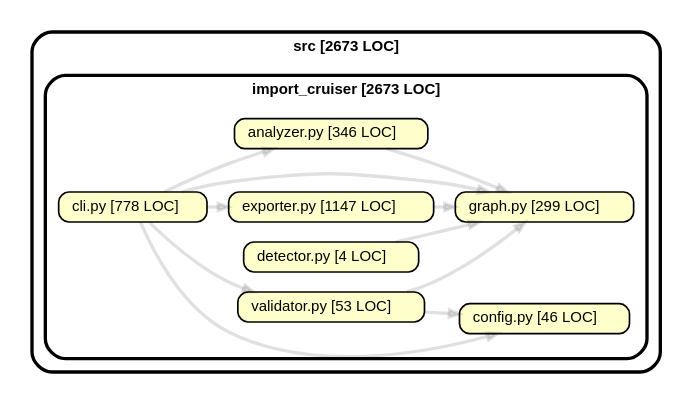
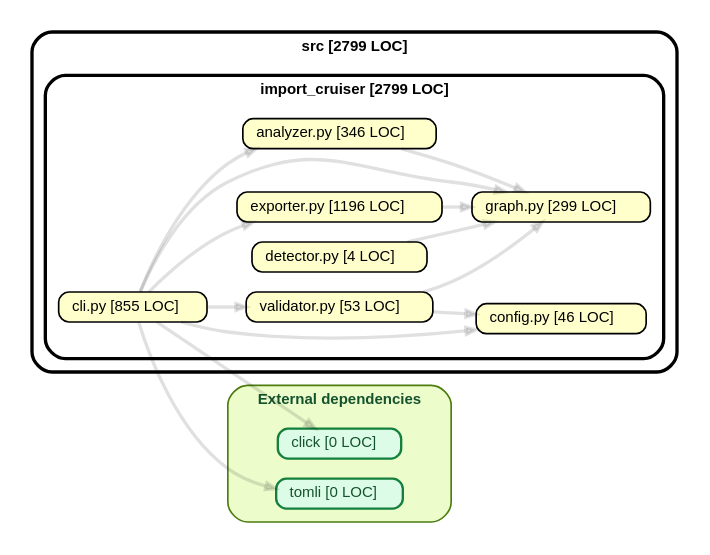
Before and after one commit to kevin91nl/import-cruiser: the diagram in artifacts/self-graph/import-cruiser-self-graph.dot, drawn with Graphviz. The commit also changed 9 other files, not shown here.

Commit message:
feat: visualize external dependencies

```diff
--- a/artifacts/self-graph/import-cruiser-self-graph.dot
+++ b/artifacts/self-graph/import-cruiser-self-graph.dot
@@ -1,24 +1,28 @@
 strict digraph "import_cruiser"{
     rankdir="LR" splines="true" overlap="false" nodesep="0.16" ranksep="0.18" fontname="Helvetica-bold" fontsize="9" style="rounded,bold,filled" fillcolor="#ffffff" compound="true"
     node [shape="box" style="rounded, filled" height="0.2" color="black" fillcolor="#ffffcc" fontcolor="black" fontname="Helvetica" fontsize="9"]
     edge [arrowhead="normal" arrowsize="0.6" penwidth="2.0" color="#0000001f" fontname="Helvetica" fontsize="9"]
 
-    subgraph "cluster_src" {label="src [2673 LOC]" subgraph "cluster_src/import_cruiser" {label="import_cruiser [2673 LOC]" "src/import_cruiser/analyzer.py" [label=<analyzer.py [346 LOC]> tooltip="analyzer.py [346 LOC]" URL="src/import_cruiser/analyzer.py" ] }}
-    subgraph "cluster_src" {label="src [2673 LOC]" subgraph "cluster_src/import_cruiser" {label="import_cruiser [2673 LOC]" "src/import_cruiser/cli.py" [label=<cli.py [778 LOC]> tooltip="cli.py [778 LOC]" URL="src/import_cruiser/cli.py" ] }}
-    subgraph "cluster_src" {label="src [2673 LOC]" subgraph "cluster_src/import_cruiser" {label="import_cruiser [2673 LOC]" "src/import_cruiser/config.py" [label=<config.py [46 LOC]> tooltip="config.py [46 LOC]" URL="src/import_cruiser/config.py" ] }}
-    subgraph "cluster_src" {label="src [2673 LOC]" subgraph "cluster_src/import_cruiser" {label="import_cruiser [2673 LOC]" "src/import_cruiser/detector.py" [label=<detector.py [4 LOC]> tooltip="detector.py [4 LOC]" URL="src/import_cruiser/detector.py" ] }}
-    subgraph "cluster_src" {label="src [2673 LOC]" subgraph "cluster_src/import_cruiser" {label="import_cruiser [2673 LOC]" "src/import_cruiser/exporter.py" [label=<exporter.py [1147 LOC]> tooltip="exporter.py [1147 LOC]" URL="src/import_cruiser/exporter.py" ] }}
-    subgraph "cluster_src" {label="src [2673 LOC]" subgraph "cluster_src/import_cruiser" {label="import_cruiser [2673 LOC]" "src/import_cruiser/graph.py" [label=<graph.py [299 LOC]> tooltip="graph.py [299 LOC]" URL="src/import_cruiser/graph.py" ] }}
-    subgraph "cluster_src" {label="src [2673 LOC]" subgraph "cluster_src/import_cruiser" {label="import_cruiser [2673 LOC]" "src/import_cruiser/validator.py" [label=<validator.py [53 LOC]> tooltip="validator.py [53 LOC]" URL="src/import_cruiser/validator.py" ] }}
+    subgraph "cluster___external_deps__" {label="External dependencies" style="rounded,filled" fillcolor="#ECFCCB" color="#4D7C0F" fontcolor="#14532D" "src/import_cruiser/click" [label=<click [0 LOC]> tooltip="click [0 LOC]" URL="click" shape="box" style="rounded,filled" fillcolor="#DCFCE7" color="#15803D" penwidth=1.4 fontcolor="#14532D" ] }
+    subgraph "cluster_src" {label="src [2799 LOC]" subgraph "cluster_src/import_cruiser" {label="import_cruiser [2799 LOC]" "src/import_cruiser/analyzer.py" [label=<analyzer.py [346 LOC]> tooltip="analyzer.py [346 LOC]" URL="src/import_cruiser/analyzer.py" ] }}
+    subgraph "cluster_src" {label="src [2799 LOC]" subgraph "cluster_src/import_cruiser" {label="import_cruiser [2799 LOC]" "src/import_cruiser/cli.py" [label=<cli.py [855 LOC]> tooltip="cli.py [855 LOC]" URL="src/import_cruiser/cli.py" ] }}
+    subgraph "cluster_src" {label="src [2799 LOC]" subgraph "cluster_src/import_cruiser" {label="import_cruiser [2799 LOC]" "src/import_cruiser/config.py" [label=<config.py [46 LOC]> tooltip="config.py [46 LOC]" URL="src/import_cruiser/config.py" ] }}
+    subgraph "cluster_src" {label="src [2799 LOC]" subgraph "cluster_src/import_cruiser" {label="import_cruiser [2799 LOC]" "src/import_cruiser/detector.py" [label=<detector.py [4 LOC]> tooltip="detector.py [4 LOC]" URL="src/import_cruiser/detector.py" ] }}
+    subgraph "cluster_src" {label="src [2799 LOC]" subgraph "cluster_src/import_cruiser" {label="import_cruiser [2799 LOC]" "src/import_cruiser/exporter.py" [label=<exporter.py [1196 LOC]> tooltip="exporter.py [1196 LOC]" URL="src/import_cruiser/exporter.py" ] }}
+    subgraph "cluster_src" {label="src [2799 LOC]" subgraph "cluster_src/import_cruiser" {label="import_cruiser [2799 LOC]" "src/import_cruiser/graph.py" [label=<graph.py [299 LOC]> tooltip="graph.py [299 LOC]" URL="src/import_cruiser/graph.py" ] }}
+    subgraph "cluster_src" {label="src [2799 LOC]" subgraph "cluster_src/import_cruiser" {label="import_cruiser [2799 LOC]" "src/import_cruiser/validator.py" [label=<validator.py [53 LOC]> tooltip="validator.py [53 LOC]" URL="src/import_cruiser/validator.py" ] }}
+    subgraph "cluster___external_deps__" {label="External dependencies" style="rounded,filled" fillcolor="#ECFCCB" color="#4D7C0F" fontcolor="#14532D" "src/import_cruiser/tomli" [label=<tomli [0 LOC]> tooltip="tomli [0 LOC]" URL="tomli" shape="box" style="rounded,filled" fillcolor="#DCFCE7" color="#15803D" penwidth=1.4 fontcolor="#14532D" ] }
 
     "src/import_cruiser/analyzer.py" -> "src/import_cruiser/graph.py"
+    "src/import_cruiser/cli.py" -> "src/import_cruiser/click"
     "src/import_cruiser/cli.py" -> "src/import_cruiser/analyzer.py"
     "src/import_cruiser/cli.py" -> "src/import_cruiser/config.py"
     "src/import_cruiser/cli.py" -> "src/import_cruiser/exporter.py"
     "src/import_cruiser/cli.py" -> "src/import_cruiser/graph.py"
     "src/import_cruiser/cli.py" -> "src/import_cruiser/validator.py"
+    "src/import_cruiser/cli.py" -> "src/import_cruiser/tomli"
     "src/import_cruiser/detector.py" -> "src/import_cruiser/graph.py"
     "src/import_cruiser/exporter.py" -> "src/import_cruiser/graph.py"
     "src/import_cruiser/validator.py" -> "src/import_cruiser/config.py"
     "src/import_cruiser/validator.py" -> "src/import_cruiser/graph.py"
 }
```
